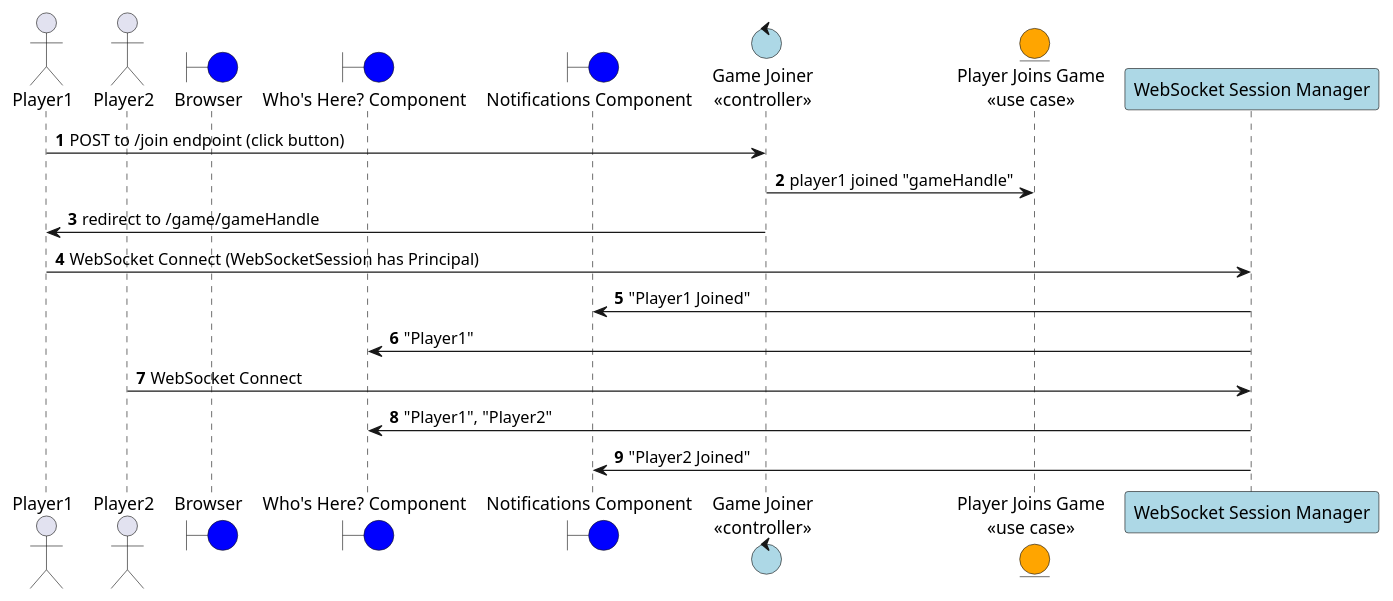
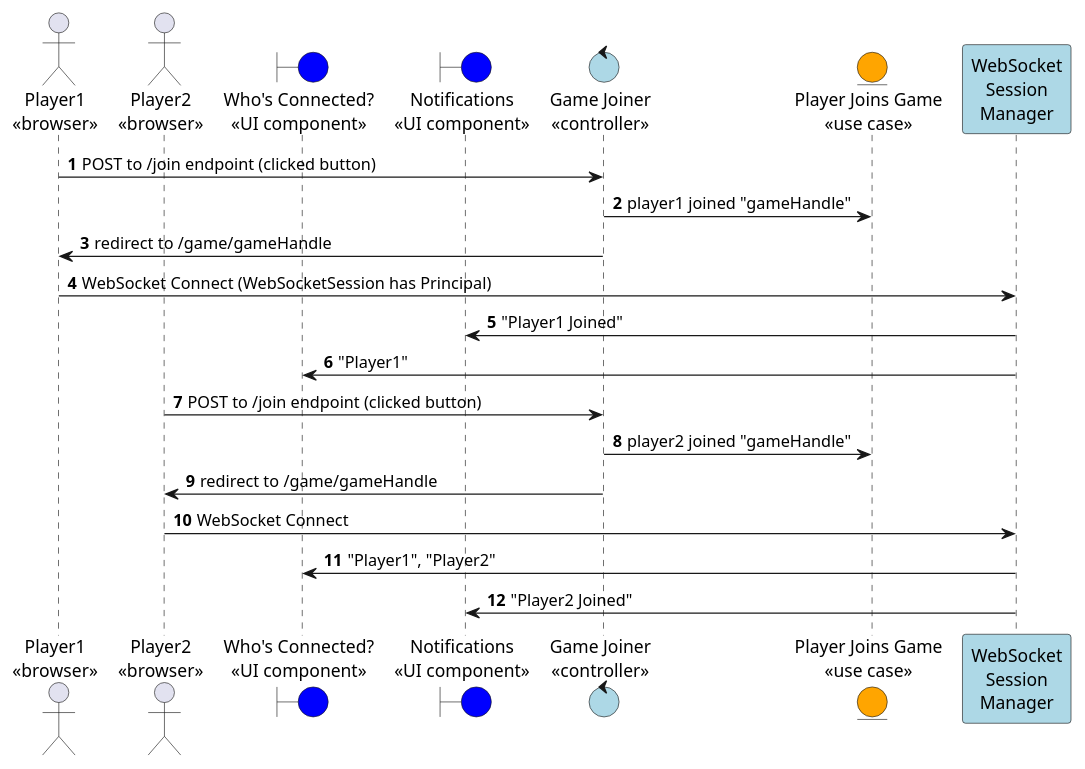
One commit to jitterted/tdd-game changed the diagram in join-websocket-sequence.puml. Above: the diagram before and after it, drawn with PlantUML. The commit also changed 1 other file, not shown here.

Commit message:
New icons for people who have joined
Update sequence diagram

```diff
--- a/join-websocket-sequence.puml
+++ b/join-websocket-sequence.puml
@@ -1,26 +1,28 @@
 @startuml
 'https://plantuml.com/sequence-diagram
 
 autonumber
 
-actor Player1
-actor Player2
-boundary "Browser" as Browser #blue
-boundary "Who's Here? Component" as WhoHere #blue
-boundary "Notifications Component" as Notifications #blue
+actor "Player1\n<<browser>>" as Player1
+actor "Player2\n<<browser>>" as Player2
+boundary "Who's Connected?\n<<UI component>>" as WhoHere #blue
+boundary "Notifications\n<<UI component>>" as Notifications #blue
 control "Game Joiner\n<<controller>>" as GameJoiner #lightblue
 entity "Player Joins Game\n<<use case>>" as PlayerJoinsGame #orange
-participant "WebSocket Session Manager" as WebSocketMgr #lightblue
+participant "WebSocket\nSession\nManager" as WebSocketMgr #lightblue
 
-Player1 -> GameJoiner: POST to /join endpoint (click button)
+Player1 -> GameJoiner: POST to /join endpoint (clicked button)
 GameJoiner -> PlayerJoinsGame: player1 joined "gameHandle"
 GameJoiner -> Player1: redirect to /game/gameHandle
 Player1 -> WebSocketMgr: WebSocket Connect (WebSocketSession has Principal)
 WebSocketMgr -> Notifications: "Player1 Joined"
 WebSocketMgr -> WhoHere: "Player1"
 
+Player2 -> GameJoiner: POST to /join endpoint (clicked button)
+GameJoiner -> PlayerJoinsGame: player2 joined "gameHandle"
+GameJoiner -> Player2: redirect to /game/gameHandle
 Player2 -> WebSocketMgr: WebSocket Connect
 WebSocketMgr -> WhoHere: "Player1", "Player2"
 WebSocketMgr -> Notifications: "Player2 Joined"
 
 @enduml
```
